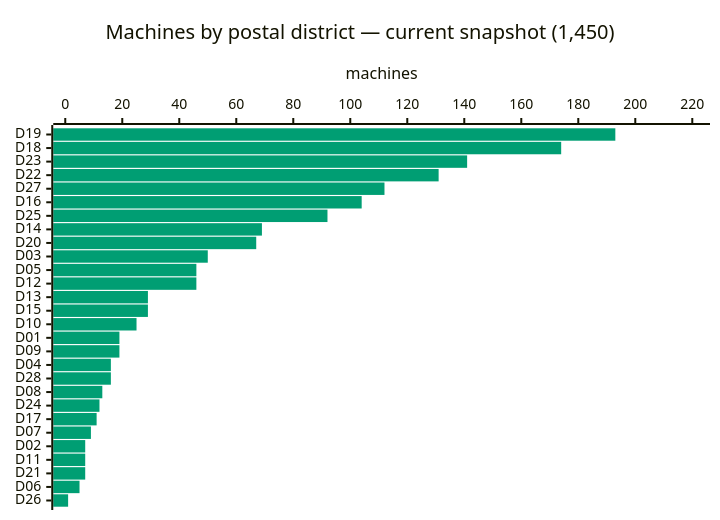
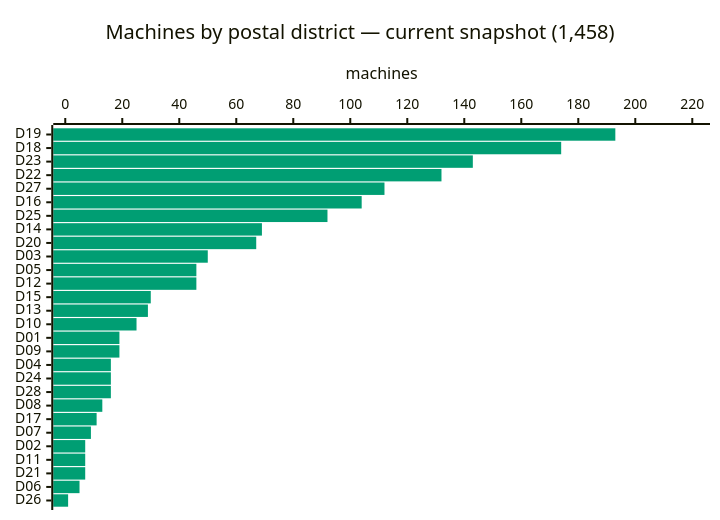
One commit to cheeaun/returnright-data changed the third of 5 diagrams in ANALYSIS.md. Above: the diagram before and after it, drawn with Mermaid. The commit also changed other lines of this file and 4 other files, not shown here.

````diff
--- a/ANALYSIS.md
+++ b/ANALYSIS.md
@@ -90,16 +88,16 @@
 ```mermaid
 ---
 config:
   themeVariables:
     xyChart:
       plotColorPalette: "#009E73"
   xyChart:
     chartOrientation: "horizontal"
     plotReservedSpacePercent: 40
 ---
 xychart-beta
-    title "Machines by postal district — current snapshot (1,450)"
-    x-axis ["D19", "D18", "D23", "D22", "D27", "D16", "D25", "D14", "D20", "D03", "D05", "D12", "D13", "D15", "D10", "D01", "D09", "D04", "D28", "D08", "D24", "D17", "D07", "D02", "D11", "D21", "D06", "D26"]
+    title "Machines by postal district — current snapshot (1,458)"
+    x-axis ["D19", "D18", "D23", "D22", "D27", "D16", "D25", "D14", "D20", "D03", "D05", "D12", "D15", "D13", "D10", "D01", "D09", "D04", "D24", "D28", "D08", "D17", "D07", "D02", "D11", "D21", "D06", "D26"]
     y-axis "machines" 0 --> 222
-    bar [193, 174, 141, 131, 112, 104, 92, 69, 67, 50, 46, 46, 29, 29, 25, 19, 19, 16, 16, 13, 12, 11, 9, 7, 7, 7, 5, 1]
+    bar [193, 174, 143, 132, 112, 104, 92, 69, 67, 50, 46, 46, 30, 29, 25, 19, 19, 16, 16, 16, 13, 11, 9, 7, 7, 7, 5, 1]
 ```
````
